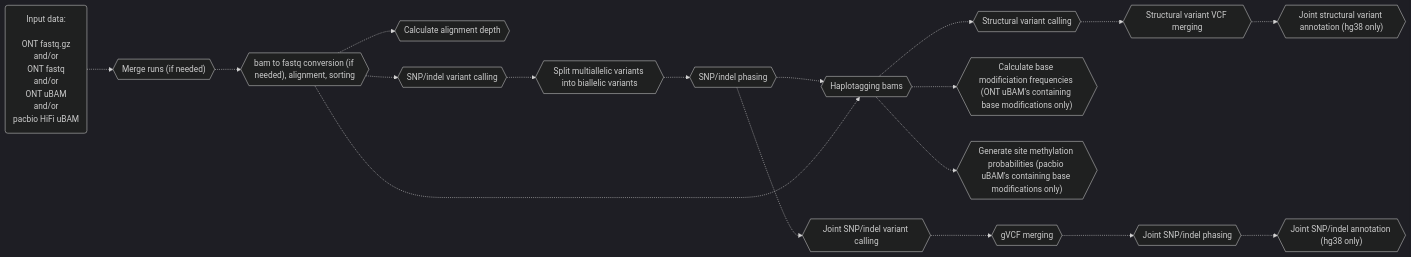
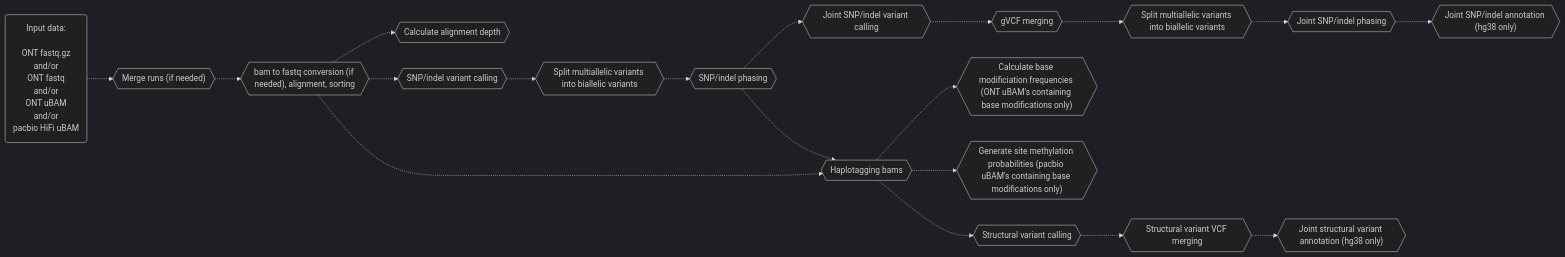
One commit to leahkemp/pipeface changed the second of 4 diagrams in README.md. Above: the diagram before and after it, drawn with Mermaid. The commit also changed other lines of this file, not shown here.

Commit message:
update mermaid diagram

````diff
--- a/README.md
+++ b/README.md
@@ -50,31 +50,32 @@
 ```mermaid
 %%{init: {'theme':'dark'}}%%
 flowchart LR
 
 input_data("Input data: <br><br> ONT fastq.gz <br> and/or <br> ONT fastq <br> and/or <br> ONT uBAM <br> and/or <br> pacbio HiFi uBAM")
 merging{{"Merge runs (if needed)"}}
 alignment{{"bam to fastq conversion (if needed), alignment, sorting"}}
 depth{{"Calculate alignment depth"}}
 snp_indel_calling{{"SNP/indel variant calling"}}
 split_multiallele{{"Split multiallelic variants into biallelic variants"}}
 snp_indel_phasing{{"SNP/indel phasing"}}
 joint_snp_indel_calling{{"Joint SNP/indel variant calling"}}
 gvcf_merging{{"gVCF merging"}}
+joint_split_multiallele{{"Split multiallelic variants into biallelic variants"}}
 joint_snp_indel_phasing{{"Joint SNP/indel phasing"}}
 joint_snp_indel_annotation{{"Joint SNP/indel annotation (hg38 only)"}}
 haplotagging{{"Haplotagging bams"}}
 calculate_base_mod_freqs{{"Calculate base modificiation frequencies (ONT uBAM's containing base modifications only)"}}
 generate_meth_probs{{"Generate site methylation probabilities (pacbio uBAM's containing base modifications only)"}}
 sv_calling{{"Structural variant calling"}}
 sv_vcf_merging{{"Structural variant VCF merging"}}
 joint_sv_annotation{{"Joint structural variant annotation (hg38 only)"}}
 
 input_data-.->merging-.->alignment-.->snp_indel_calling-.->split_multiallele-.->snp_indel_phasing-.->haplotagging-.->sv_calling
 alignment-.->depth
 alignment-.->haplotagging
 haplotagging-.->calculate_base_mod_freqs
 haplotagging-.->generate_meth_probs
-snp_indel_phasing-.->joint_snp_indel_calling-.->gvcf_merging-.->joint_snp_indel_phasing-.->joint_snp_indel_annotation
+snp_indel_phasing-.->joint_snp_indel_calling-.->gvcf_merging-.->joint_split_multiallele-.->joint_snp_indel_phasing-.->joint_snp_indel_annotation
 sv_calling-.->sv_vcf_merging-.->joint_sv_annotation
 
 ```
````
